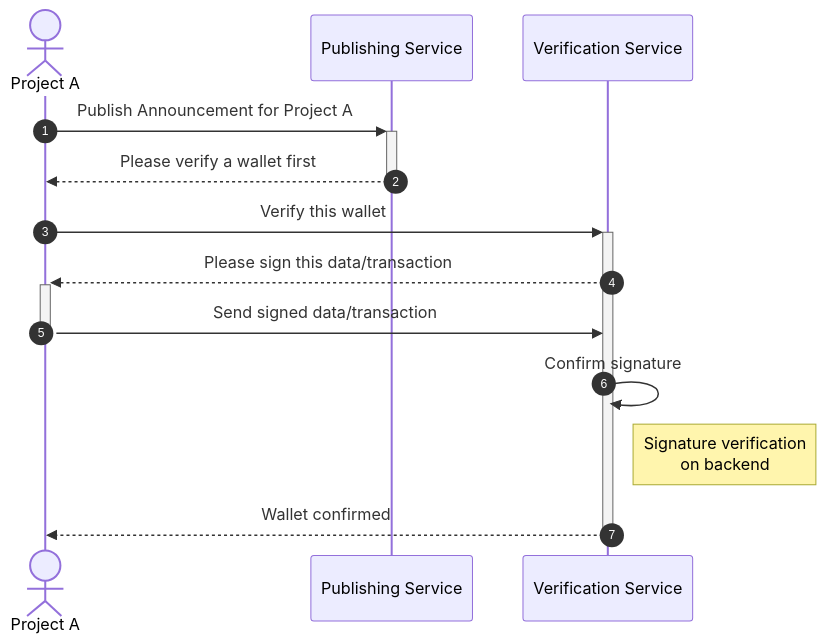
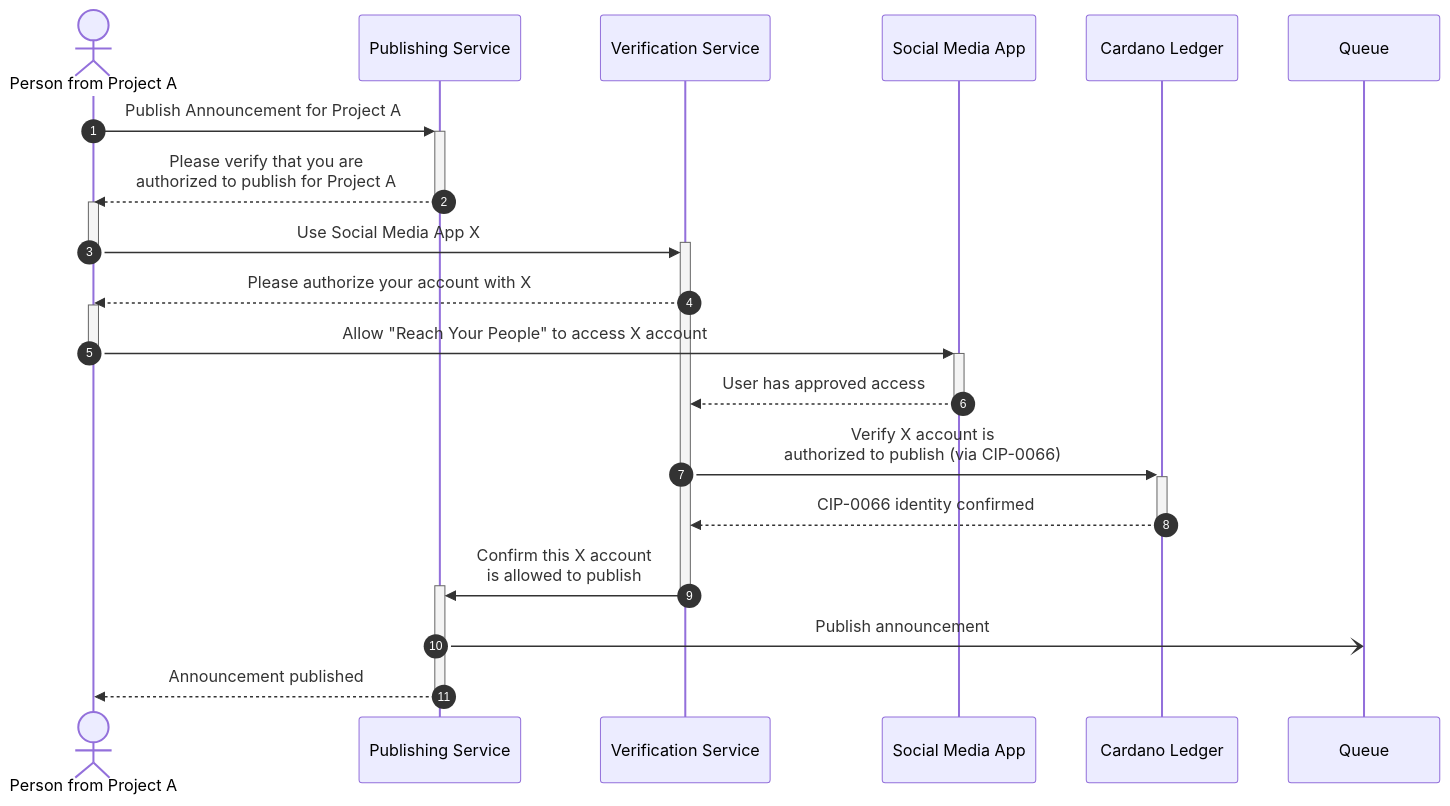
The diagram in docs/diagrams/project-publishing-sequence.md (nilscodes/reach-your-people), drawn with Mermaid before and after one commit. The commit also changed other lines of this file and 1 other file, not shown here.

Commit message:
RYP-4 Finalized feedback on sequence diagrams

````diff
--- a/docs/diagrams/project-publishing-sequence.md
+++ b/docs/diagrams/project-publishing-sequence.md
@@ -8,15 +15,26 @@
 ```mermaid
 sequenceDiagram
     autonumber
-    actor P as Project A
+    actor P as Person from Project A
     participant PUB as Publishing Service
     participant V as Verification Service
+    participant X as Social Media App
+    participant C as Cardano Ledger
+    participant Q as Queue
     P ->> +PUB: Publish Announcement for Project A
-    PUB -->> -P: Please verify a wallet first
-    P ->> +V: Verify this wallet
-    V -->> +P: Please sign this data/transaction
-    P ->> -V: Send signed data/transaction
-    V ->> V: Confirm signature
-    Note right of V: Signature verification<br>on backend
-    V -->> -P: Wallet confirmed
+    PUB -->> -P: Please verify that you are<br>authorized to publish for Project A
+    activate P
+    P ->> +V: Use Social Media App X
+    deactivate P
+    V -->> P: Please authorize your account with X
+    activate P
+    P ->> +X: Allow "Reach Your People" to access X account
+    deactivate P
+    X -->> -V: User has approved access
+    V ->> +C: Verify X account is<br>authorized to publish (via CIP-0066)
+    C -->> -V: CIP-0066 identity confirmed
+    V ->> +PUB: Confirm this X account<br>is allowed to publish
+    deactivate V
+    PUB -) Q: Publish announcement
+    PUB -->> -P: Announcement published
 ```
````
